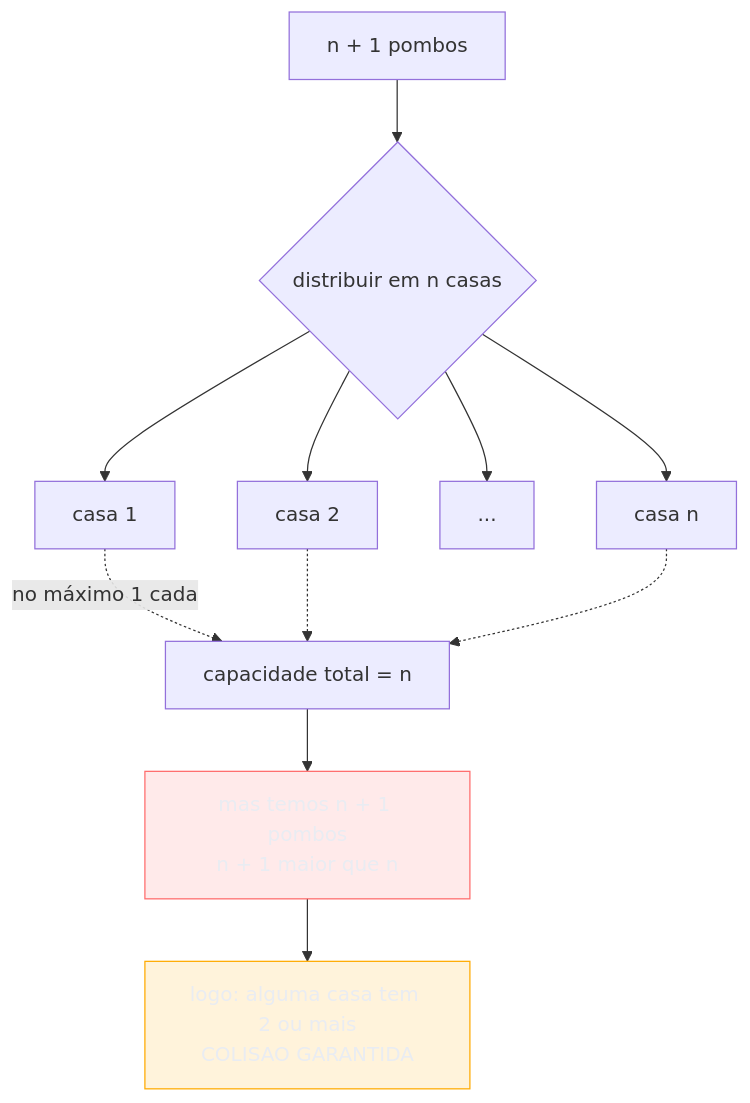
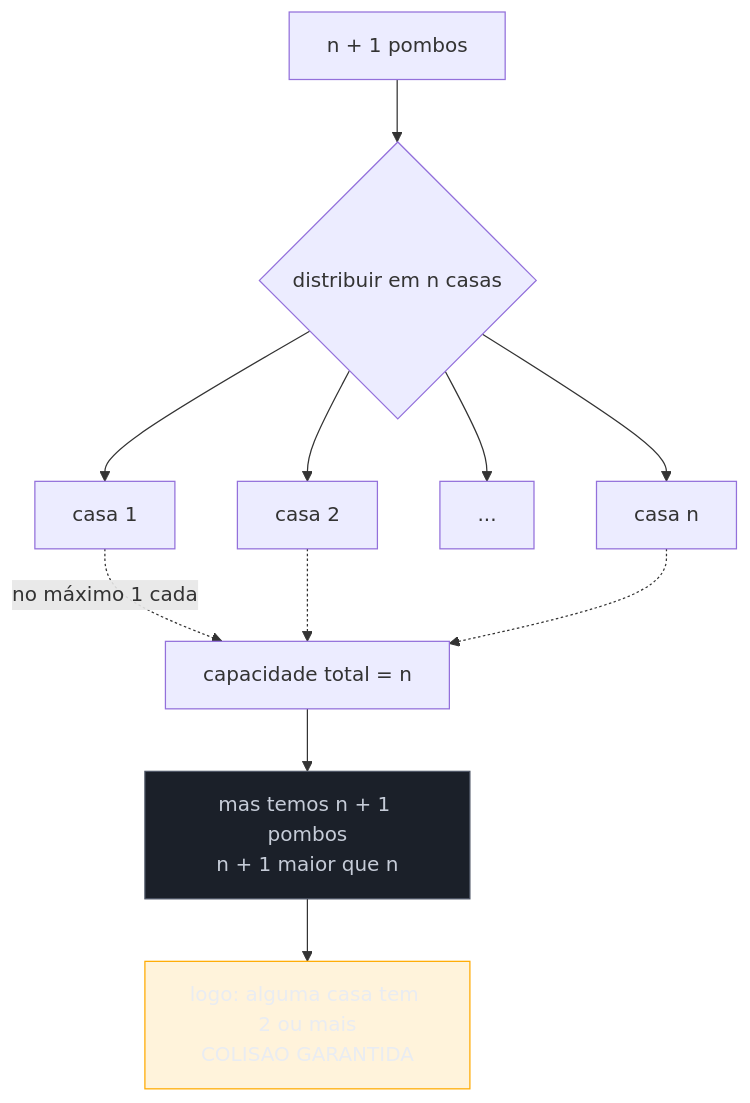
One commit to josenaldo/codex-technomanticus changed the first of 5 diagrams in 03-Dominios/Ciência/Matemática para Computação/12 - Princípios combinatórios - casa dos pombos e inclusão-exclusão.md. Above: the diagram before and after it, drawn with Mermaid. The commit also changed other lines of this file and 601 other files, not shown here.

````diff
--- a/03-Dominios/Ciência/Matemática para Computação/12 - Princípios combinatórios - casa dos pombos e inclusão-exclusão.md
+++ b/03-Dominios/Ciência/Matemática para Computação/12 - Princípios combinatórios - casa dos pombos e inclusão-exclusão.md
@@ -95,17 +95,17 @@
 ```mermaid
 flowchart TD
+    classDef neutro fill:#1B2029,stroke:#4E5666,color:#C6CCD8
     classDef destaque fill:#FFAA0024,stroke:#FFAA00,color:#E9ECF2
-    classDef falha fill:#FF6B6B24,stroke:#FF6B6B,color:#E9ECF2
     P["n + 1 pombos"] --> D{"distribuir em n casas"}
     D --> C1["casa 1"]
     D --> C2["casa 2"]
     D --> C3["..."]
     D --> Cn["casa n"]
     C1 -. "no máximo 1 cada" .-> LIMITE["capacidade total = n"]
     C2 -.-> LIMITE
     Cn -.-> LIMITE
     LIMITE --> CONTRA["mas temos n + 1 pombos<br/>n + 1 maior que n"]
     CONTRA --> COL["logo: alguma casa tem 2 ou mais<br/>COLISAO GARANTIDA"]
     class COL destaque
-    class CONTRA falha
+    class CONTRA neutro
 ```
````
